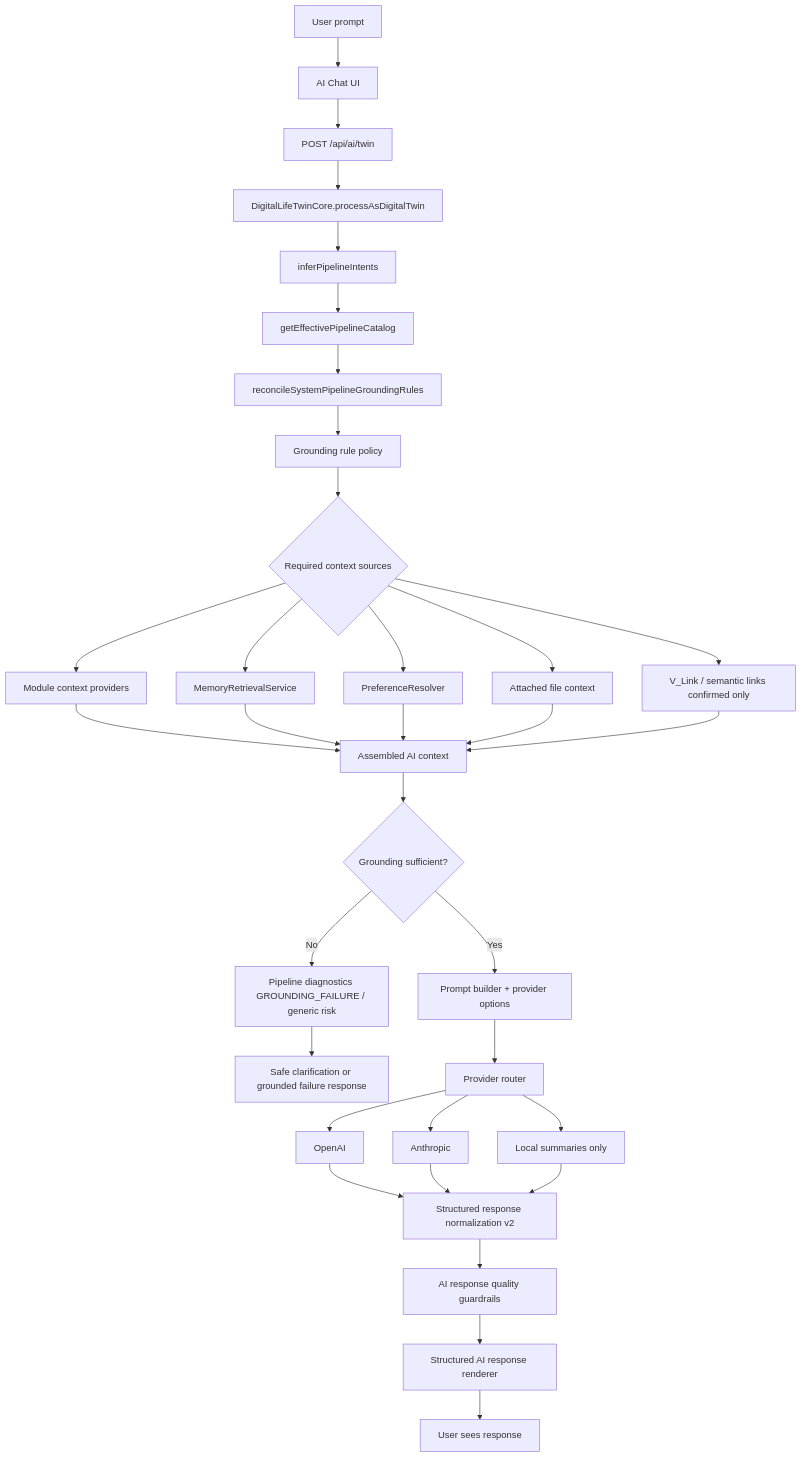
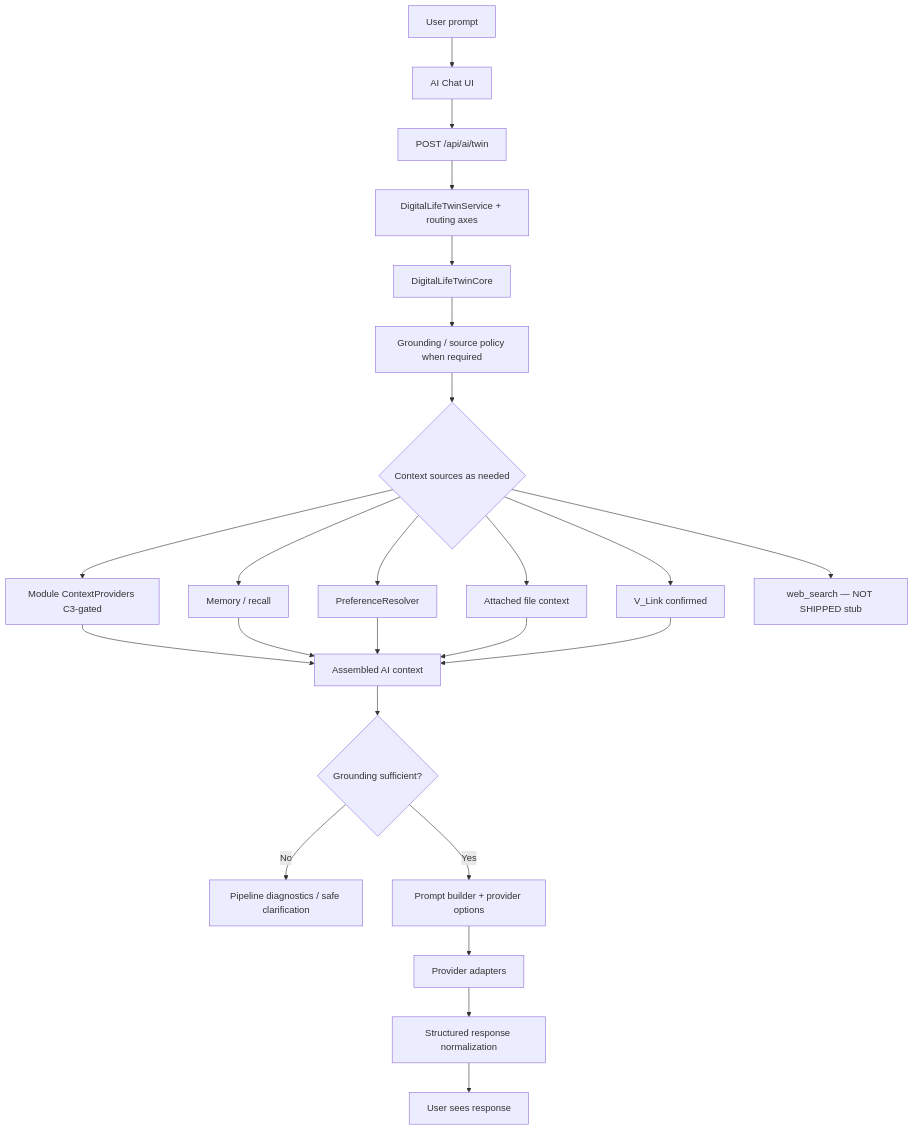
One commit to ADTrauts/Vssyl changed the second of 2 diagrams in docs/architecture/AI_TWIN_PROMPT_PIPELINE.md. Above: the diagram before and after it, drawn with Mermaid. The commit also changed other lines of this file and 13 other files, not shown here.

First line of the commit message:
docs(ai): reconcile digital life twin architecture

````diff
--- a/docs/architecture/AI_TWIN_PROMPT_PIPELINE.md
+++ b/docs/architecture/AI_TWIN_PROMPT_PIPELINE.md
@@ -62,42 +74,29 @@
 ```mermaid
 flowchart TD
   Prompt["User prompt"] --> UI["AI Chat UI"]
   UI --> Route["POST /api/ai/twin"]
-  Route --> Core["DigitalLifeTwinCore.processAsDigitalTwin"]
+  Route --> Svc["DigitalLifeTwinService + routing axes"]
+  Svc --> Core["DigitalLifeTwinCore"]
 
-  Core --> Intent["inferPipelineIntents"]
-  Intent --> Catalog["getEffectivePipelineCatalog"]
-  Catalog --> Reconcile["reconcileSystemPipelineGroundingRules"]
-  Reconcile --> Policy["Grounding rule policy"]
-
-  Policy --> Sources{"Required context sources"}
-  Sources --> Mod["Module context providers"]
-  Sources --> Mem["MemoryRetrievalService"]
+  Core --> Policy["Grounding / source policy when required"]
+  Policy --> Sources{"Context sources as needed"}
+  Sources --> Mod["Module ContextProviders C3-gated"]
+  Sources --> Mem["Memory / recall"]
   Sources --> Prefs["PreferenceResolver"]
   Sources --> Files["Attached file context"]
-  Sources --> VL["V_Link / semantic links confirmed only"]
+  Sources --> VL["V_Link confirmed"]
+  Sources --> Web["web_search — NOT SHIPPED stub"]
 
   Mod --> Asm["Assembled AI context"]
   Mem --> Asm
   Prefs --> Asm
   Files --> Asm
   VL --> Asm
 
   Asm --> GroundOK{"Grounding sufficient?"}
-  GroundOK -->|"No"| Fail["Pipeline diagnostics GROUNDING_FAILURE / generic risk"]
-  Fail --> Safe["Safe clarification or grounded failure response"]
+  GroundOK -->|"No"| Fail["Pipeline diagnostics / safe clarification"]
   GroundOK -->|"Yes"| Builder["Prompt builder + provider options"]
-
-  Builder --> Router["Provider router"]
-  Router --> OpenAI["OpenAI"]
-  Router --> Anthropic["Anthropic"]
-  Router --> Local["Local summaries only"]
-
-  OpenAI --> Norm["Structured response normalization v2"]
-  Anthropic --> Norm
-  Local --> Norm
-
-  Norm --> Guard["AI response quality guardrails"]
-  Guard --> Render["Structured AI response renderer"]
-  Render --> Answer["User sees response"]
+  Builder --> Providers["Provider adapters"]
+  Providers --> Norm["Structured response normalization"]
+  Norm --> Answer["User sees response"]
 ```
````
